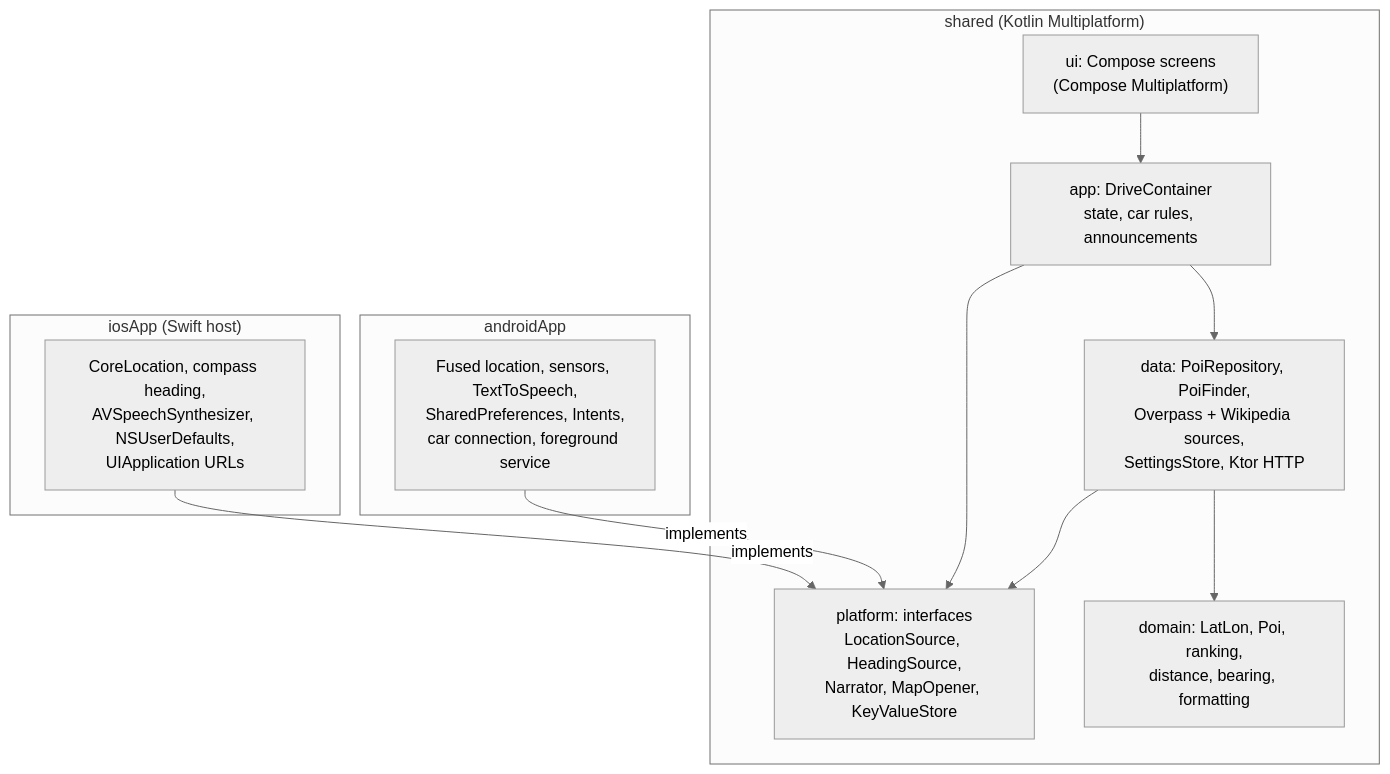
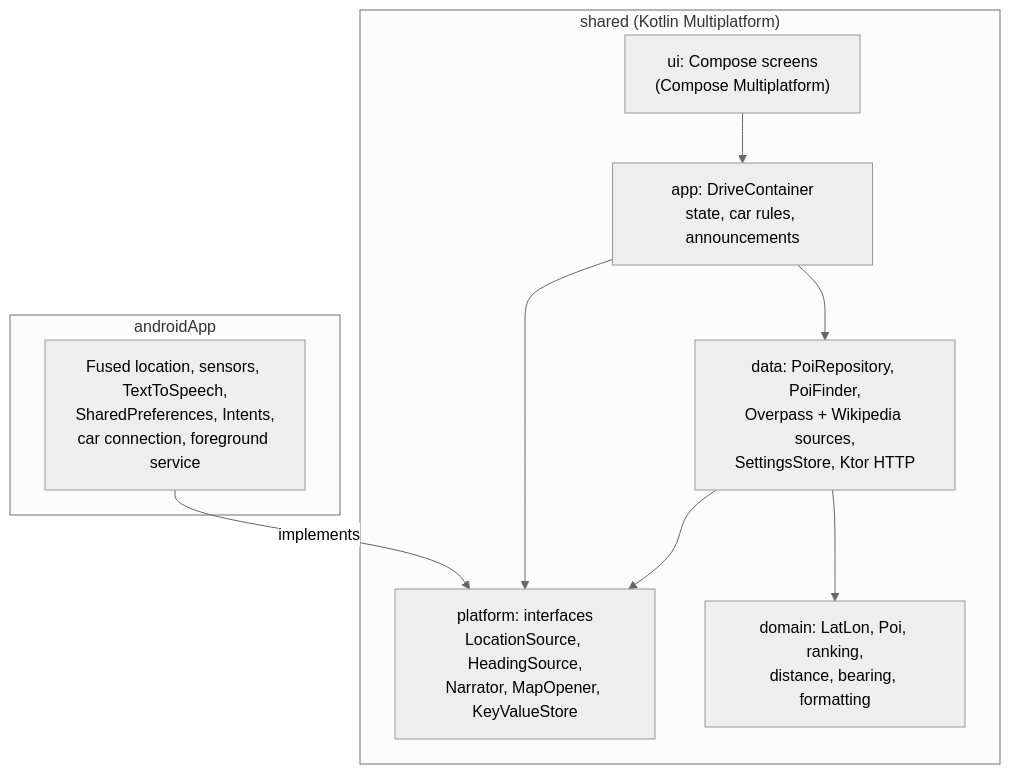
Before and after one commit to gnanaswaroop/neargems: the diagram in README.md, drawn with Mermaid (neutral theme). The commit also changed other lines of this file and 37 other files, not shown here.

````diff
--- a/README.md
+++ b/README.md
@@ -26,21 +26,17 @@
 ```mermaid
 flowchart TB
     subgraph shared["shared (Kotlin Multiplatform)"]
         UI["ui: Compose screens<br/>(Compose Multiplatform)"]
         APP["app: DriveContainer<br/>state, car rules, announcements"]
         DATA["data: PoiRepository, PoiFinder,<br/>Overpass + Wikipedia sources,<br/>SettingsStore, Ktor HTTP"]
         DOM["domain: LatLon, Poi, ranking,<br/>distance, bearing, formatting"]
         PLAT["platform: interfaces<br/>LocationSource, HeadingSource,<br/>Narrator, MapOpener, KeyValueStore"]
         UI --> APP --> DATA --> DOM
         APP --> PLAT
         DATA --> PLAT
     end
     subgraph android["androidApp"]
         AND["Fused location, sensors, TextToSpeech,<br/>SharedPreferences, Intents,<br/>car connection, foreground service"]
     end
-    subgraph ios["iosApp (Swift host)"]
-        IOS["CoreLocation, compass heading,<br/>AVSpeechSynthesizer, NSUserDefaults,<br/>UIApplication URLs"]
-    end
     AND -- implements --> PLAT
-    IOS -- implements --> PLAT
 ```
````
